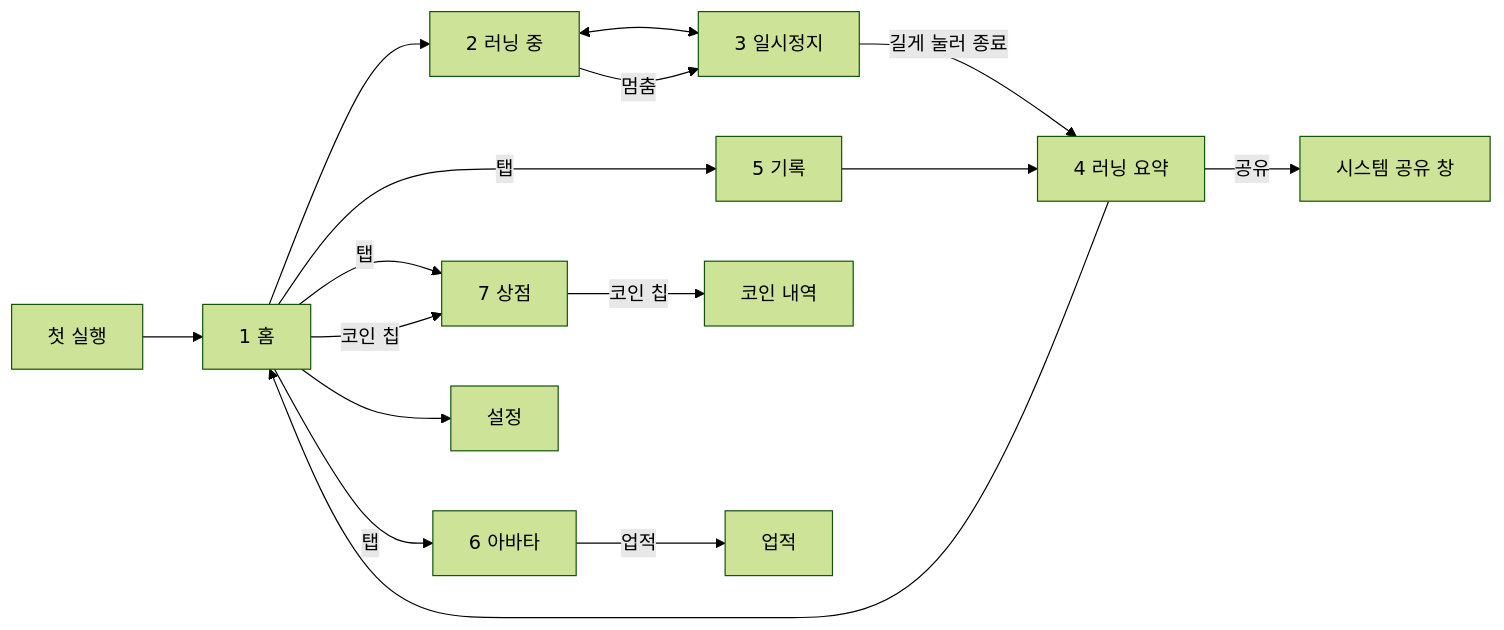
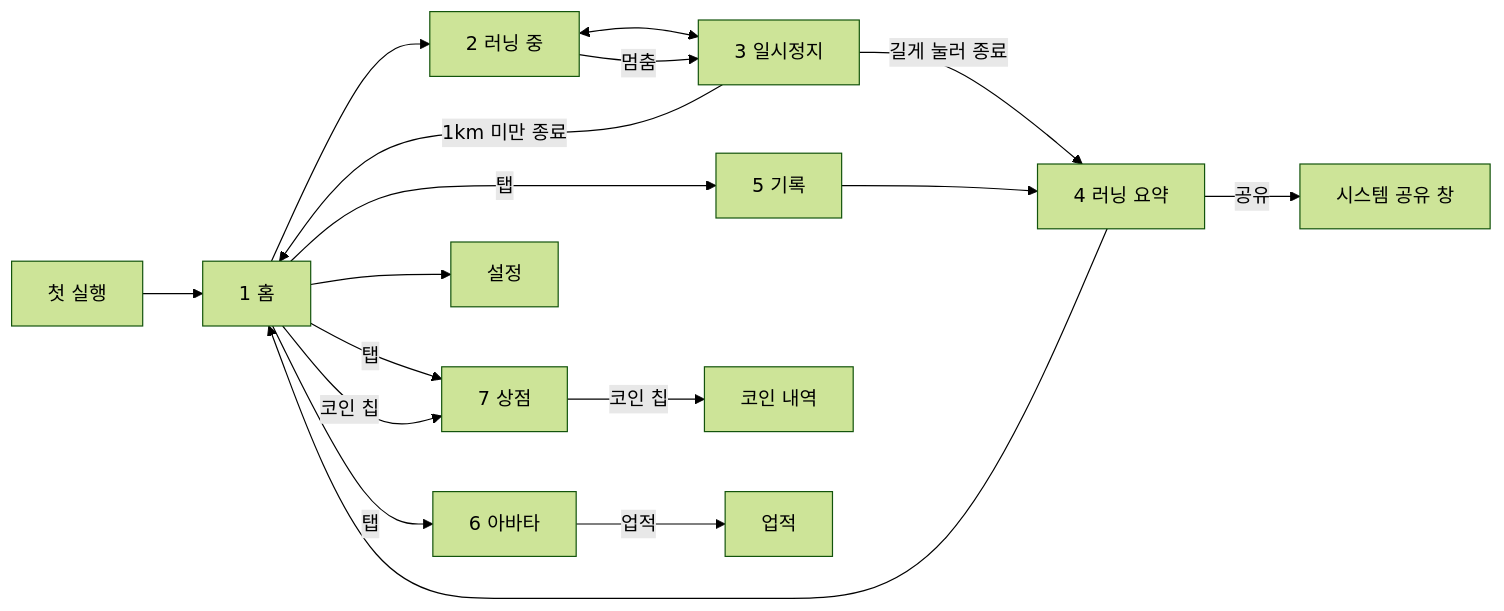
One commit to dhkim1522/runmagochi changed the diagram in docs/screens.md. Above: the diagram before and after it, drawn with Mermaid (forest theme). The commit also changed 8 other files, not shown here.

````diff
--- a/docs/screens.md
+++ b/docs/screens.md
@@ -31,18 +31,19 @@
 ```mermaid
 flowchart LR
     Onboard["첫 실행"] --> Home["1 홈"]
     Home --> InRun["2 러닝 중"]
     InRun <--> Paused["3 일시정지"]
     InRun -- "멈춤" --> Paused
     Paused -- "길게 눌러 종료" --> Summary["4 러닝 요약"]
+    Paused -- "1km 미만 종료" --> Home
     Summary --> Home
     Home -- "탭" --> Activity["5 기록"]
     Home -- "탭" --> Avatar["6 아바타"]
     Home -- "탭" --> Shop["7 상점"]
     Home -- "코인 칩" --> Shop
     Shop -- "코인 칩" --> Coins["코인 내역"]
     Avatar -- "업적" --> Achieve["업적"]
     Summary -- "공유" --> Share["시스템 공유 창"]
     Home --> Settings["설정"]
     Activity --> Summary
 ```
````
